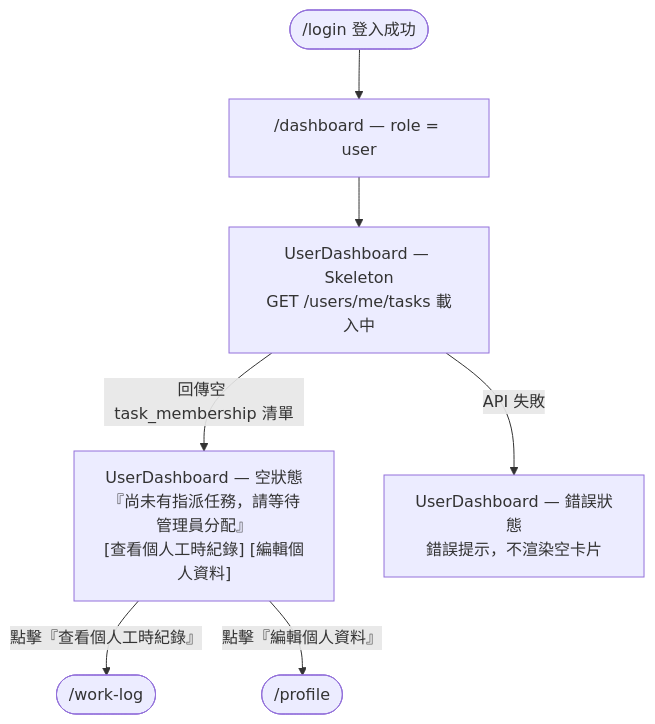
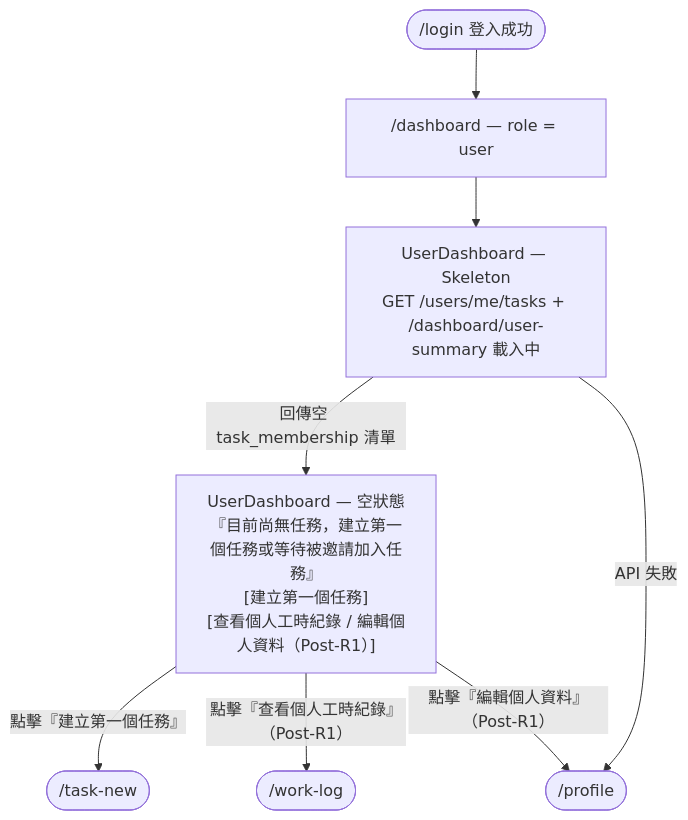
The fourth of 7 diagrams in specs/dashboard/012-dashboard/spec.md (singyichen/label-suite), drawn with Mermaid before and after one commit. The commit also changed other lines of this file and 19 other files, not shown here.

First line of the commit message:
feat(prototype): role-based demo flow — login role selector + proto-bar (#29)

````diff
--- a/specs/dashboard/012-dashboard/spec.md
+++ b/specs/dashboard/012-dashboard/spec.md
@@ -213,9 +254,10 @@
 ```mermaid
 flowchart TD
     A(["/login 登入成功"]) --> B["/dashboard — role = user"]
-    B --> C["UserDashboard — Skeleton\nGET /users/me/tasks 載入中"]
-    C -->|"回傳空 task_membership 清單"| D["UserDashboard — 空狀態\n『尚未有指派任務，請等待管理員分配』\n[查看個人工時紀錄] [編輯個人資料]"]
+    B --> C["UserDashboard — Skeleton\nGET /users/me/tasks + /dashboard/user-summary 載入中"]
+    C -->|"回傳空 task_membership 清單"| D["UserDashboard — 空狀態\n『目前尚無任務，建立第一個任務或等待被邀請加入任務』\n[建立第一個任務]\n[查看個人工時紀錄 / 編輯個人資料（Post-R1）]"]
     C -->|"API 失敗"| G["UserDashboard — 錯誤狀態\n錯誤提示，不渲染空卡片"]
-    D -->|"點擊『查看個人工時紀錄』"| E(["/work-log"])
-    D -->|"點擊『編輯個人資料』"| F(["/profile"])
+    D -->|"點擊『建立第一個任務』"| E(["/task-new"])
+    D -->|"點擊『查看個人工時紀錄』（Post-R1）"| F(["/work-log"])
+    D -->|"點擊『編輯個人資料』（Post-R1）"| G(["/profile"])
 ```
````
